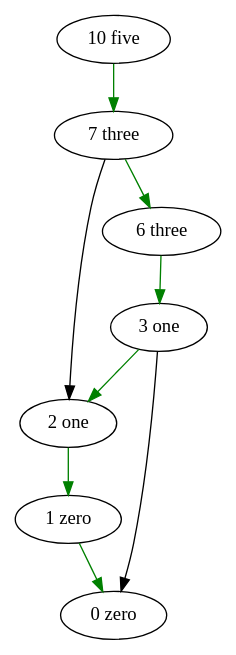
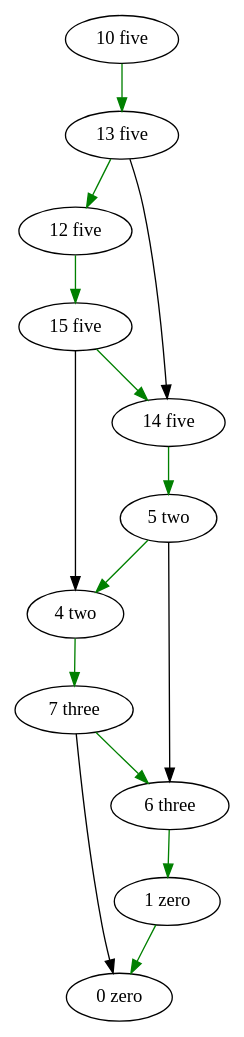
One commit to Xel4ek/lem_in changed the diagram in 5.gv. Above: the diagram before and after it, drawn with Graphviz. The commit also changed 205 other files, not shown here.

```diff
--- a/5.gv
+++ b/5.gv
@@ -1,17 +1,27 @@
 digraph 5 {
 	"0 zero";
-	"3 one";
-	"2 one";
+	"5 two";
+	"4 two";
 	"7 three";
 	"6 three";
 	"10 five";
+	"13 five";
+	"12 five";
+	"15 five";
+	"14 five";
 	"1 zero";
-	"3 one" -> "0 zero";
+	"7 three" -> "0 zero";
 	"1 zero" -> "0 zero" [dir = forward color = "green"];
-	"6 three" -> "3 one" [dir = forward color = "green"];
-	"7 three" -> "2 one";
-	"3 one" -> "2 one" [dir = forward color = "green"];
-	"10 five" -> "7 three" [dir = forward color = "green"];
+	"14 five" -> "5 two" [dir = forward color = "green"];
+	"5 two" -> "4 two" [dir = forward color = "green"];
+	"15 five" -> "4 two";
+	"4 two" -> "7 three" [dir = forward color = "green"];
 	"7 three" -> "6 three" [dir = forward color = "green"];
-	"2 one" -> "1 zero" [dir = forward color = "green"];
+	"5 two" -> "6 three";
+	"10 five" -> "13 five" [dir = forward color = "green"];
+	"13 five" -> "12 five" [dir = forward color = "green"];
+	"12 five" -> "15 five" [dir = forward color = "green"];
+	"13 five" -> "14 five";
+	"15 five" -> "14 five" [dir = forward color = "green"];
+	"6 three" -> "1 zero" [dir = forward color = "green"];
 	}
```
